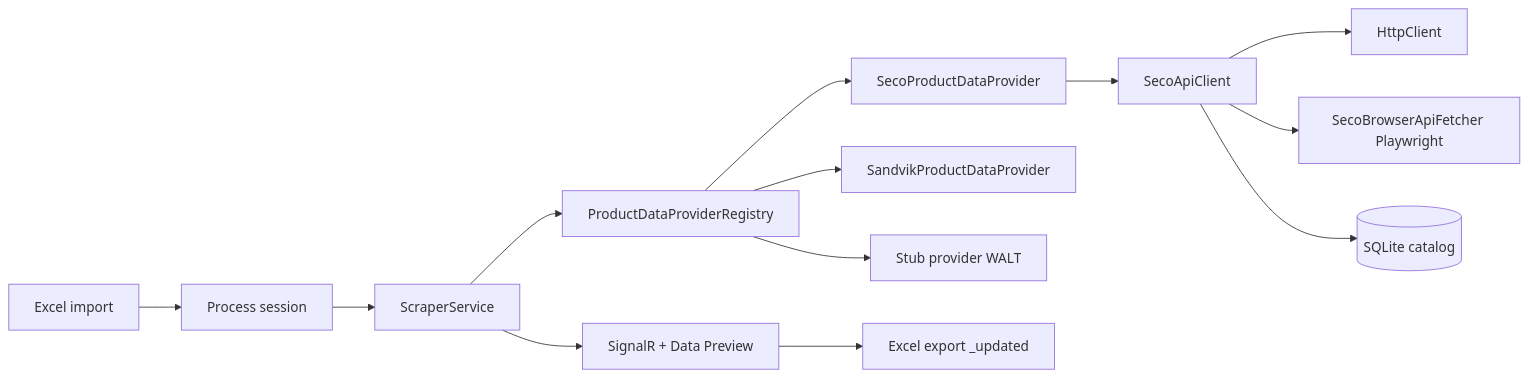
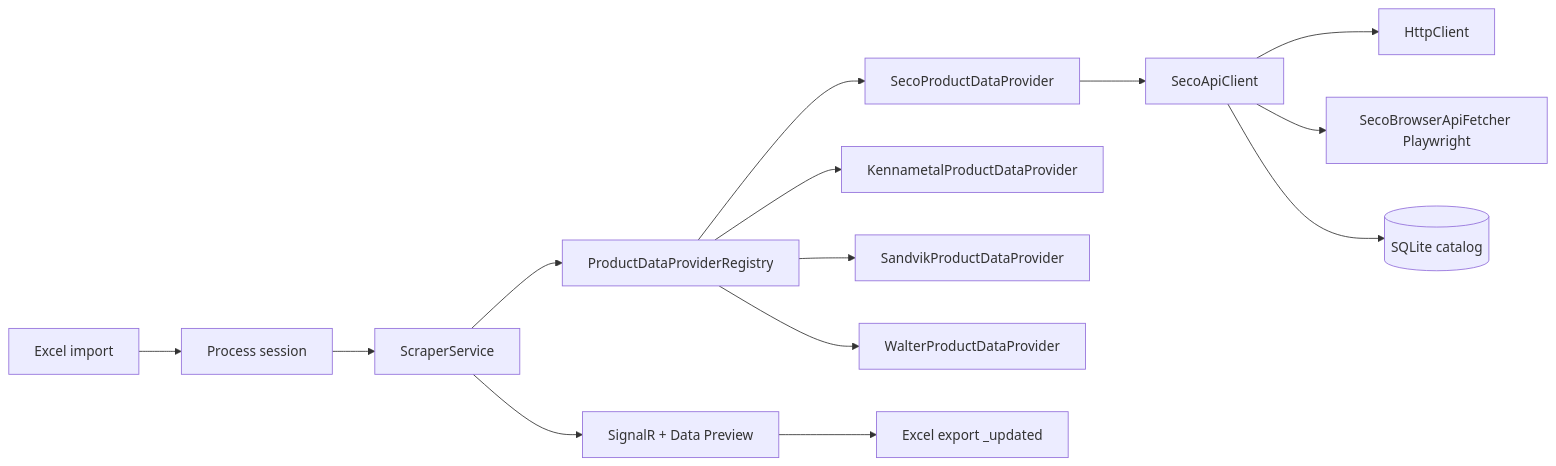
The diagram in README.md (HakimHisham1991/Auto-Tool-Catalog), drawn with Mermaid before and after one commit. The commit also changed other lines of this file and 2 other files, not shown here.

````diff
--- a/README.md
+++ b/README.md
@@ -33,15 +34,16 @@
 ```mermaid
 flowchart LR
   Excel[Excel import] --> Session[Process session]
   Session --> Scraper[ScraperService]
   Scraper --> Registry[ProductDataProviderRegistry]
   Registry --> SECO[SecoProductDataProvider]
+  Registry --> Kennametal[KennametalProductDataProvider]
   Registry --> Sandvik[SandvikProductDataProvider]
-  Registry --> Stub[Stub provider WALT]
+  Registry --> Walter[WalterProductDataProvider]
   SECO --> Api[SecoApiClient]
   Api --> Http[HttpClient]
   Api --> Browser[SecoBrowserApiFetcher Playwright]
   Api --> SQLite[(SQLite catalog)]
   Scraper --> UI[SignalR + Data Preview]
   UI --> Export[Excel export _updated]
 ```
````
